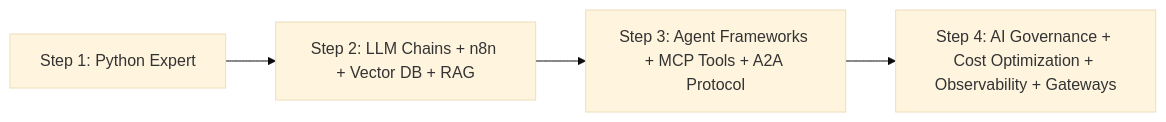
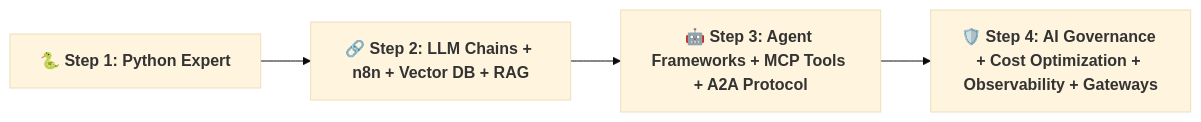
One commit to devopsinsiders/agentic-ai-fde-batch-1 changed the second of 2 diagrams in ClassNotes/002.IntroductionToAgenticAI-11-10-2026/notes.md. Above: the diagram before and after it, drawn with Mermaid (base theme). The commit also changed other lines of this file and 1 other file, not shown here.

````diff
--- a/ClassNotes/002.IntroductionToAgenticAI-11-10-2026/notes.md
+++ b/ClassNotes/002.IntroductionToAgenticAI-11-10-2026/notes.md
@@ -155,6 +155,6 @@
 ```mermaid
 graph LR
-    S1["Step 1: Python Expert"] --> S2["Step 2: LLM Chains + n8n + Vector DB + RAG"]
-    S2 --> S3["Step 3: Agent Frameworks + MCP Tools + A2A Protocol"]
-    S3 --> S4["Step 4: AI Governance + Cost Optimization + Observability + Gateways"]
+    S1["🐍 <b>Step 1: Python Expert</b>"] --> S2["🔗 <b>Step 2: LLM Chains + n8n + Vector DB + RAG</b>"]
+    S2 --> S3["🤖 <b>Step 3: Agent Frameworks + MCP Tools + A2A Protocol</b>"]
+    S3 --> S4["🛡️ <b>Step 4: AI Governance + Cost Optimization + Observability + Gateways</b>"]
 ```
````
